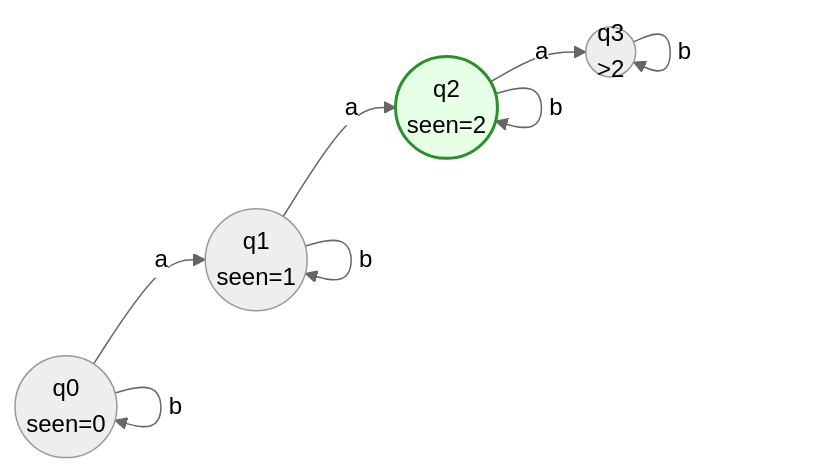
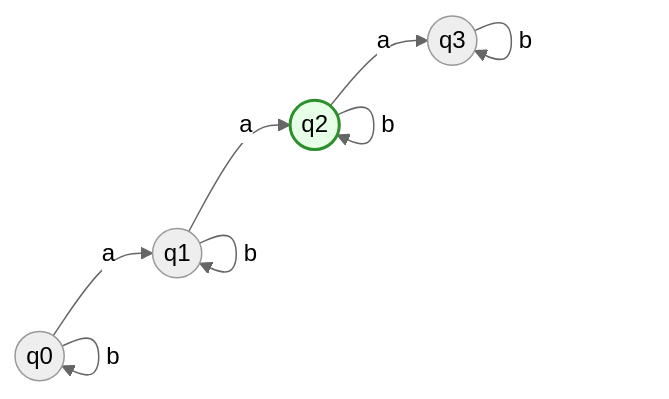
The third of 5 diagrams in COMPILATION/EXERCICES/Series-01.md (kld-anouar/courses), drawn with Mermaid (neutral theme) before and after one commit. The commit also changed other lines of this file, not shown here.

````diff
--- a/COMPILATION/EXERCICES/Series-01.md
+++ b/COMPILATION/EXERCICES/Series-01.md
@@ -204,17 +136,17 @@
 ```mermaid
 graph LR
-  s0((q0\nseen=0))
-  s1((q1\nseen=1))
-  s2((q2\nseen=2))
-  s3((q3\n>2))
+  s0((q0))
+  s1((q1))
+  s2((q2))
+  s3((q3))
   s0 -- "a" --> s1
   s0 -- "b" --> s0
   s1 -- "a" --> s2
   s1 -- "b" --> s1
   s2 -- "a" --> s3
   s2 -- "b" --> s2
   s3 -- "a" --> s3
   s3 -- "b" --> s3
   classDef accept fill:#e6ffe6,stroke:#2b8f2b,stroke-width:2px;
   class s2 accept;
 ```
````
